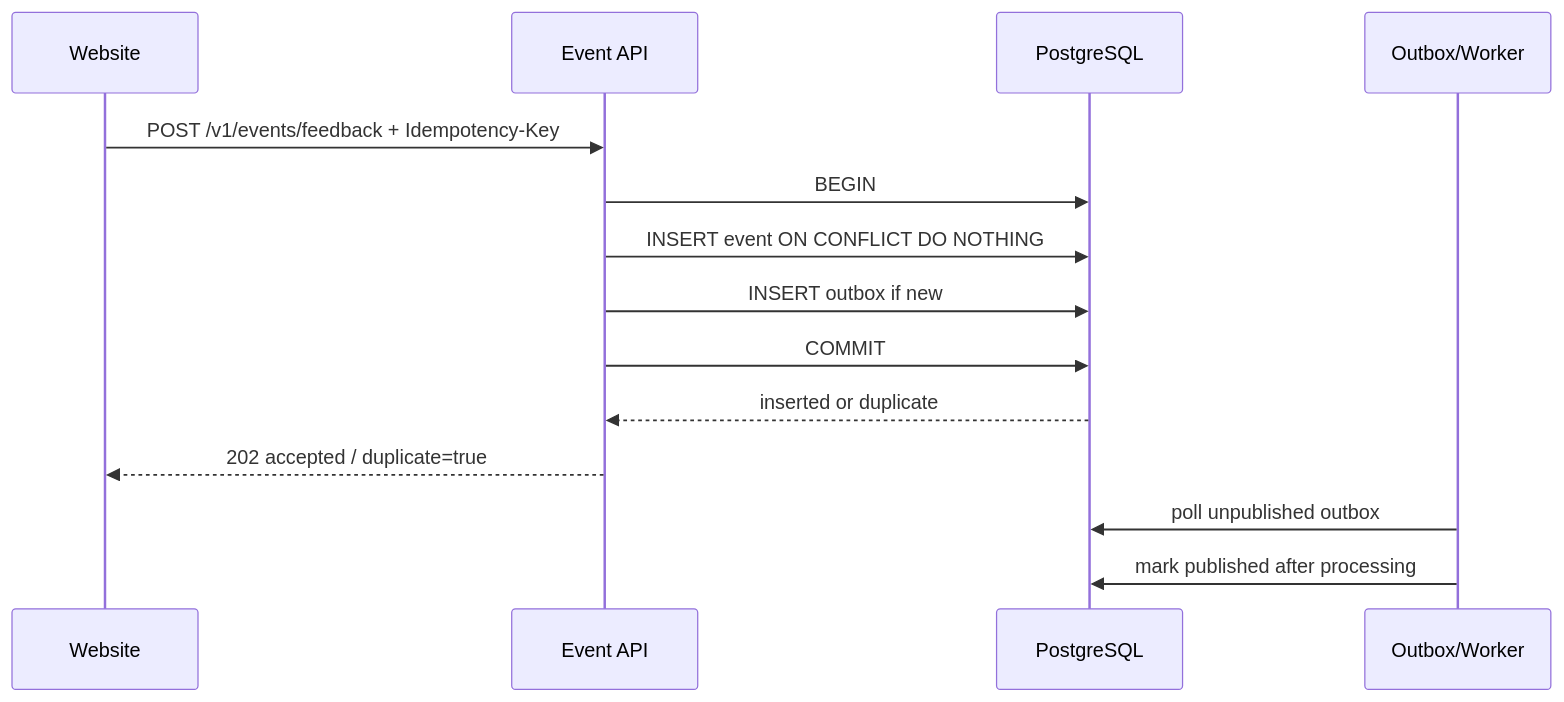
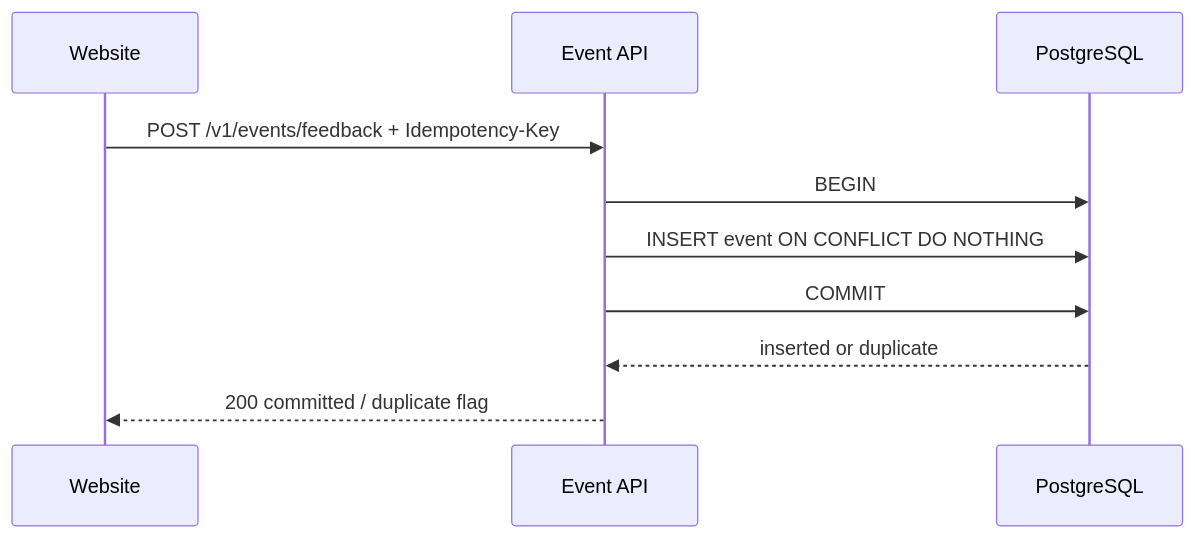
The third of 4 diagrams in docs/03_ARCHITECTURE/02_Data_Flow_and_Sequence_Diagrams.md (nmtrucworking/recobridge), drawn with Mermaid before and after one commit. The commit also changed other lines of this file and 24 other files, not shown here.

Commit message:
feat: update governance and architecture documentation, add MVP baseline and implementation backlog

````diff
--- a/docs/03_ARCHITECTURE/02_Data_Flow_and_Sequence_Diagrams.md
+++ b/docs/03_ARCHITECTURE/02_Data_Flow_and_Sequence_Diagrams.md
@@ -66,17 +66,13 @@
 ```mermaid
 sequenceDiagram
     participant W as Website
     participant E as Event API
     participant DB as PostgreSQL
-    participant Q as Outbox/Worker
 
     W->>E: POST /v1/events/feedback + Idempotency-Key
     E->>DB: BEGIN
     E->>DB: INSERT event ON CONFLICT DO NOTHING
-    E->>DB: INSERT outbox if new
     E->>DB: COMMIT
     DB-->>E: inserted or duplicate
-    E-->>W: 202 accepted / duplicate=true
-    Q->>DB: poll unpublished outbox
-    Q->>DB: mark published after processing
+    E-->>W: 200 committed / duplicate flag
 ```
````
